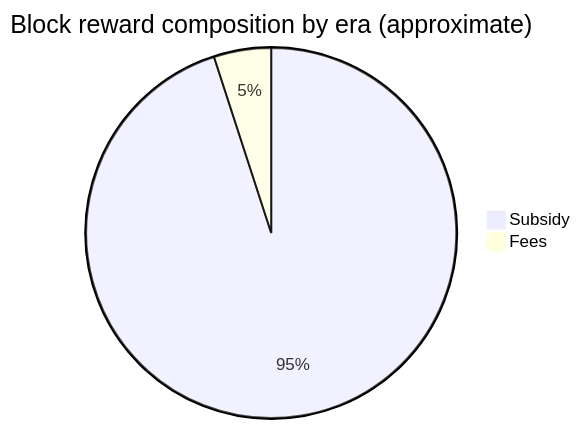
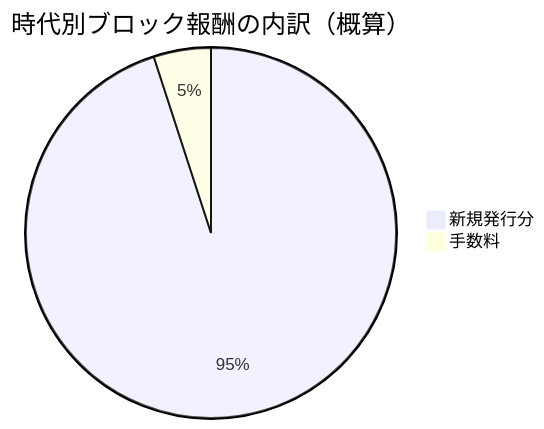
Before and after one commit to cypher256/BitcoinArchive: the fifth of 5 diagrams in src/data/translations/ja/design/2009-01-03-bitcoin-monetary-design.md, drawn with Mermaid. The commit also changed other lines of this file and 11 other files, not shown here.

````diff
--- a/src/data/translations/ja/design/2009-01-03-bitcoin-monetary-design.md
+++ b/src/data/translations/ja/design/2009-01-03-bitcoin-monetary-design.md
@@ -215,5 +215,5 @@
 ```mermaid
-pie title Block reward composition by era (approximate)
-    "Subsidy" : 95
-    "Fees" : 5
+pie title 時代別ブロック報酬の内訳（概算）
+    "新規発行分" : 95
+    "手数料" : 5
 ```
````
